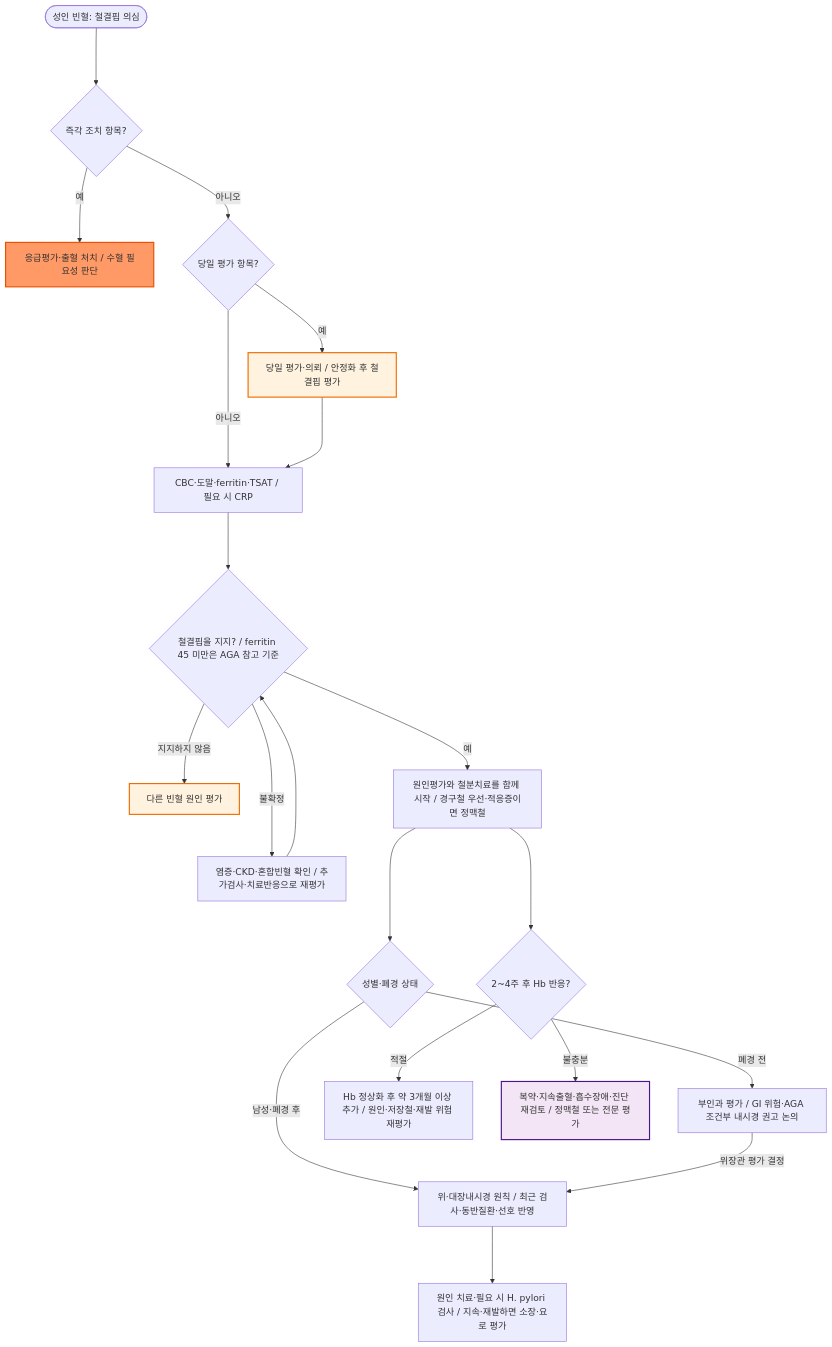
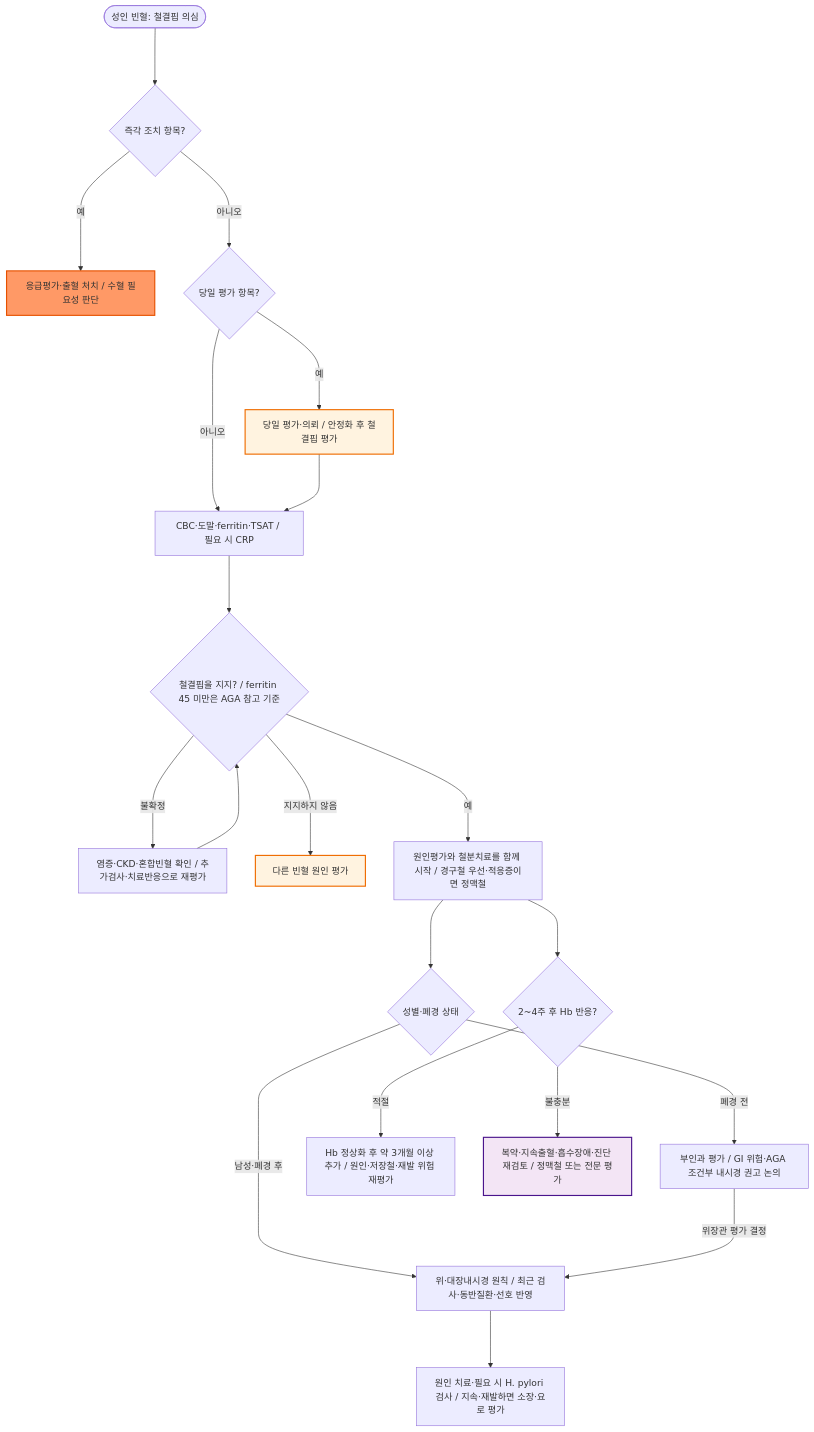
The diagram in 230_/193_-iron-def-anemia.md (familyoh77/familyoh77), drawn with Mermaid before and after one commit. The commit also changed other lines of this file and 9 other files, not shown here.

````diff
--- a/230_/193_-iron-def-anemia.md
+++ b/230_/193_-iron-def-anemia.md
@@ -122,26 +127,26 @@
 ```mermaid
 graph TD
     A(["성인 빈혈: 철결핍 의심"]) ---> B{"즉각 조치 항목?"}
-    B -->|예| C["응급평가·출혈 처치 / 수혈 필요성 판단"]
-    B -->|아니오| D{"당일 평가 항목?"}
-    D -->|예| E["당일 평가·의뢰 / 안정화 후 철결핍 평가"]
-    D -->|아니오| F["CBC·도말·ferritin·TSAT / 필요 시 CRP"]
+    B --->|예| C["응급평가·출혈 처치 / 수혈 필요성 판단"]
+    B --->|아니오| D{"당일 평가 항목?"}
+    D --->|예| E["당일 평가·의뢰 / 안정화 후 철결핍 평가"]
+    D --->|아니오| F["CBC·도말·ferritin·TSAT / 필요 시 CRP"]
     E ---> F
     F ---> G{"철결핍을 지지? / ferritin 45 미만은 AGA 참고 기준"}
-    G -->|불확정| H["염증·CKD·혼합빈혈 확인 / 추가검사·치료반응으로 재평가"]
-    G -->|지지하지 않음| U["다른 빈혈 원인 평가"]
-    G -->|예| I["원인평가와 철분치료를 함께 시작 / 경구철 우선·적응증이면 정맥철"]
+    G --->|불확정| H["염증·CKD·혼합빈혈 확인 / 추가검사·치료반응으로 재평가"]
+    G --->|지지하지 않음| U["다른 빈혈 원인 평가"]
+    G --->|예| I["원인평가와 철분치료를 함께 시작 / 경구철 우선·적응증이면 정맥철"]
     H ---> G
     I ---> J{"성별·폐경 상태"}
-    J -->|남성·폐경 후| K["위·대장내시경 원칙 / 최근 검사·동반질환·선호 반영"]
-    J -->|폐경 전| L["부인과 평가 / GI 위험·AGA 조건부 내시경 권고 논의"]
-    L -->|위장관 평가 결정| K
+    J --->|남성·폐경 후| K["위·대장내시경 원칙 / 최근 검사·동반질환·선호 반영"]
+    J --->|폐경 전| L["부인과 평가 / GI 위험·AGA 조건부 내시경 권고 논의"]
+    L --->|위장관 평가 결정| K
     K ---> M["원인 치료·필요 시 H. pylori 검사 / 지속·재발하면 소장·요로 평가"]
     I ---> N{"2~4주 후 Hb 반응?"}
-    N -->|적절| O["Hb 정상화 후 약 3개월 이상 추가 / 원인·저장철·재발 위험 재평가"]
-    N -->|불충분| P["복약·지속출혈·흡수장애·진단 재검토 / 정맥철 또는 전문 평가"]
+    N --->|적절| O["Hb 정상화 후 약 3개월 이상 추가 / 원인·저장철·재발 위험 재평가"]
+    N --->|불충분| P["복약·지속출혈·흡수장애·진단 재검토 / 정맥철 또는 전문 평가"]
     style C fill:#f96,stroke:#e65100,stroke-width:2px
     style E fill:#fff3e0,stroke:#ef6c00,stroke-width:2px
     style U fill:#fff3e0,stroke:#ef6c00,stroke-width:2px
     style P fill:#f3e5f5,stroke:#4a148c,stroke-width:2px
 ```
````
